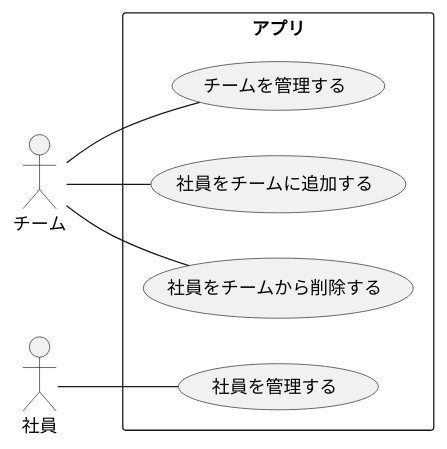
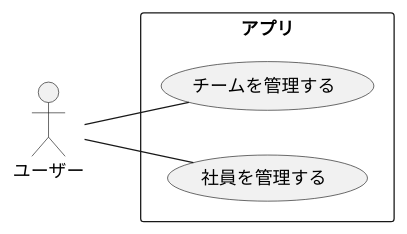
Before and after one commit to zakzakst/object-oriented-practice: the first of 7 diagrams in 02_member-list-app/3_実装用の図.md, drawn with PlantUML. The commit also changed other lines of this file, not shown here.

Commit message:
練習2：社員名簿アプリ（実装用の図追加）

````diff
--- a/02_member-list-app/3_実装用の図.md
+++ b/02_member-list-app/3_実装用の図.md
@@ -4,17 +4,12 @@
 ```puml
 @startuml
 left to right direction
-actor "チーム" as team
-actor "社員" as member
+actor "ユーザー" as user
 rectangle アプリ {
   usecase "チームを管理する" as case1
-  usecase "社員をチームに追加する" as case2
-  usecase "社員をチームから削除する" as case3
-  usecase "社員を管理する" as case4
+  usecase "社員を管理する" as case2
 }
-team -- case1
-team -- case2
-team -- case3
-member -- case4
+user -- case1
+user -- case2
 @enduml
 ```
````
